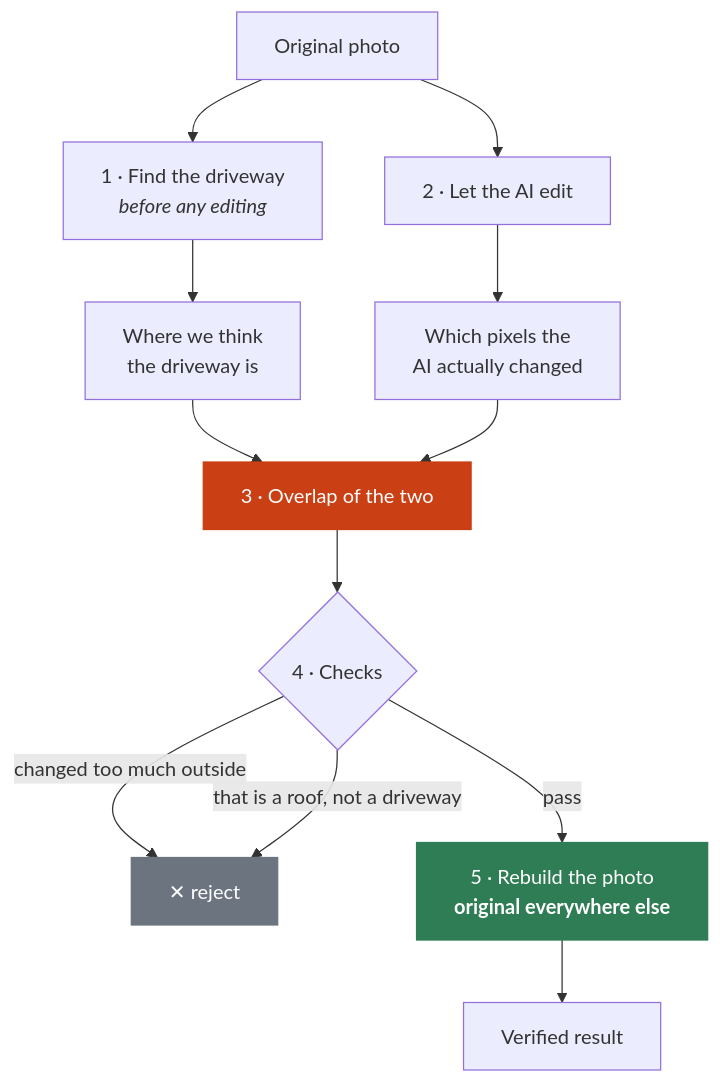
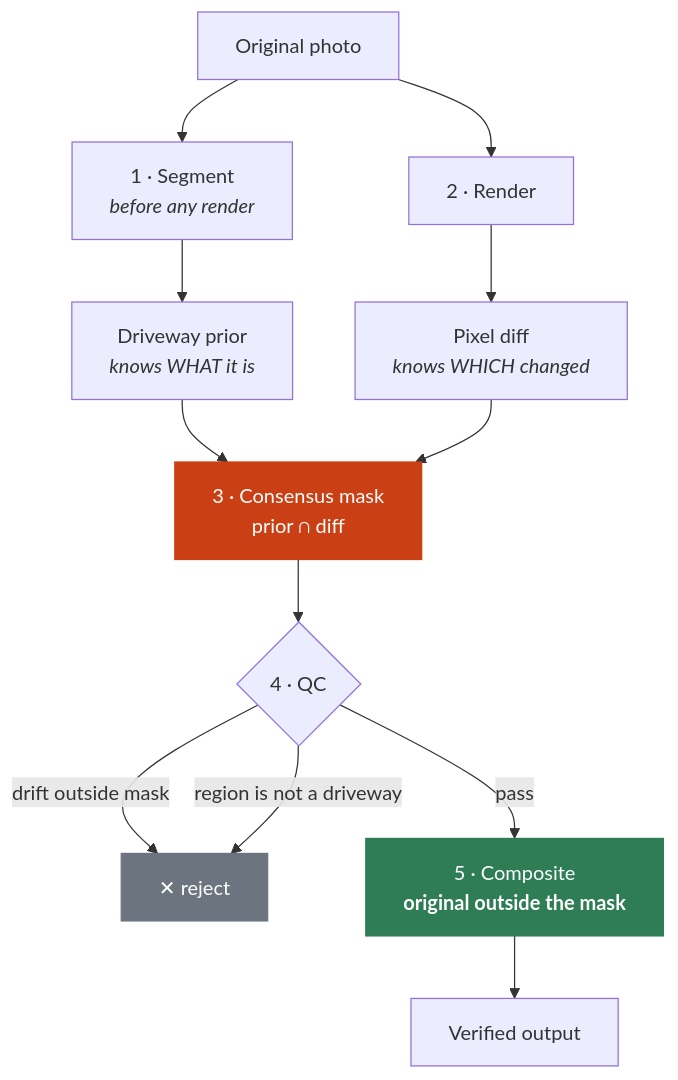
The fourth of 5 diagrams in README.md (Zerubabel-J/curbside), drawn with Mermaid before and after one commit. The commit also changed other lines of this file, not shown here.

````diff
--- a/README.md
+++ b/README.md
@@ -211,18 +148,18 @@
 ```mermaid
 flowchart TB
-    ORIG["Original photo"] --> SEG["1 · Find the driveway<br/><i>before any editing</i>"]
-    ORIG --> REN["2 · Let the AI edit"]
-    SEG --> PRIOR["Where we think<br/>the driveway is"]
-    REN --> DIFF["Which pixels the<br/>AI actually changed"]
-    PRIOR --> CONS["3 · Overlap of the two"]
+    ORIG["Original photo"] --> SEG["1 · Segment<br/><i>before any render</i>"]
+    ORIG --> REN["2 · Render"]
+    SEG --> PRIOR["Driveway prior<br/><i>knows WHAT it is</i>"]
+    REN --> DIFF["Pixel diff<br/><i>knows WHICH changed</i>"]
+    PRIOR --> CONS["3 · Consensus mask<br/>prior ∩ diff"]
     DIFF --> CONS
-    CONS --> QC{"4 · Checks"}
-    QC -->|"changed too much outside"| FAIL["✕ reject"]
-    QC -->|"that is a roof, not a driveway"| FAIL
-    QC -->|pass| COMP["5 · Rebuild the photo<br/><b>original everywhere else</b>"]
-    COMP --> OUT["Verified result"]
+    CONS --> QC{"4 · QC"}
+    QC -->|"drift outside mask"| FAIL["✕ reject"]
+    QC -->|"region is not a driveway"| FAIL
+    QC -->|pass| COMP["5 · Composite<br/><b>original outside the mask</b>"]
+    COMP --> OUT["Verified output"]
 
     style CONS fill:#cb3f14,stroke:#cb3f14,color:#fff
     style COMP fill:#2f7d55,stroke:#2f7d55,color:#fff
     style FAIL fill:#6c757f,stroke:#6c757f,color:#fff
 ```
````
